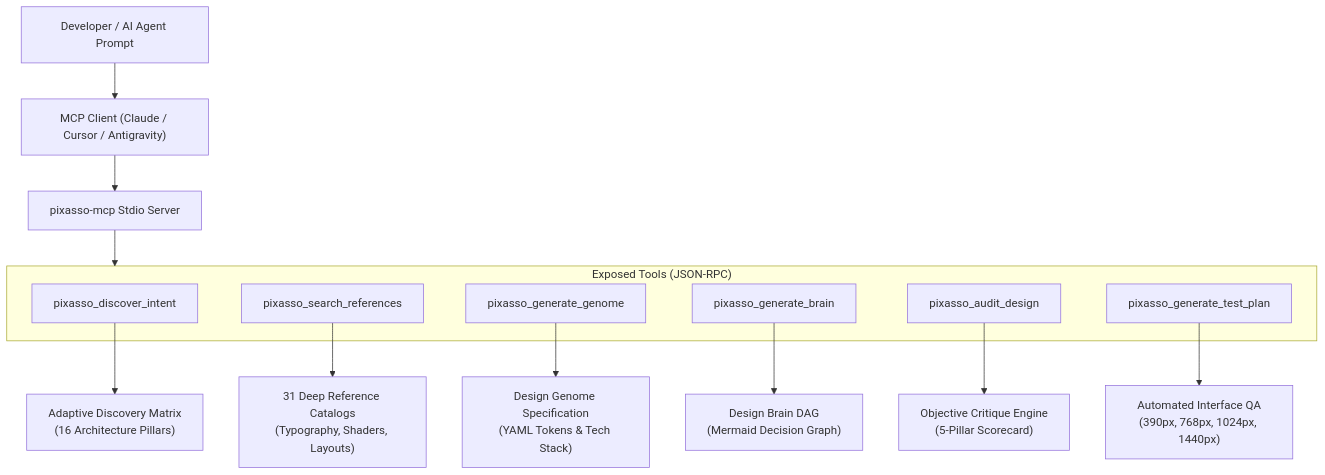
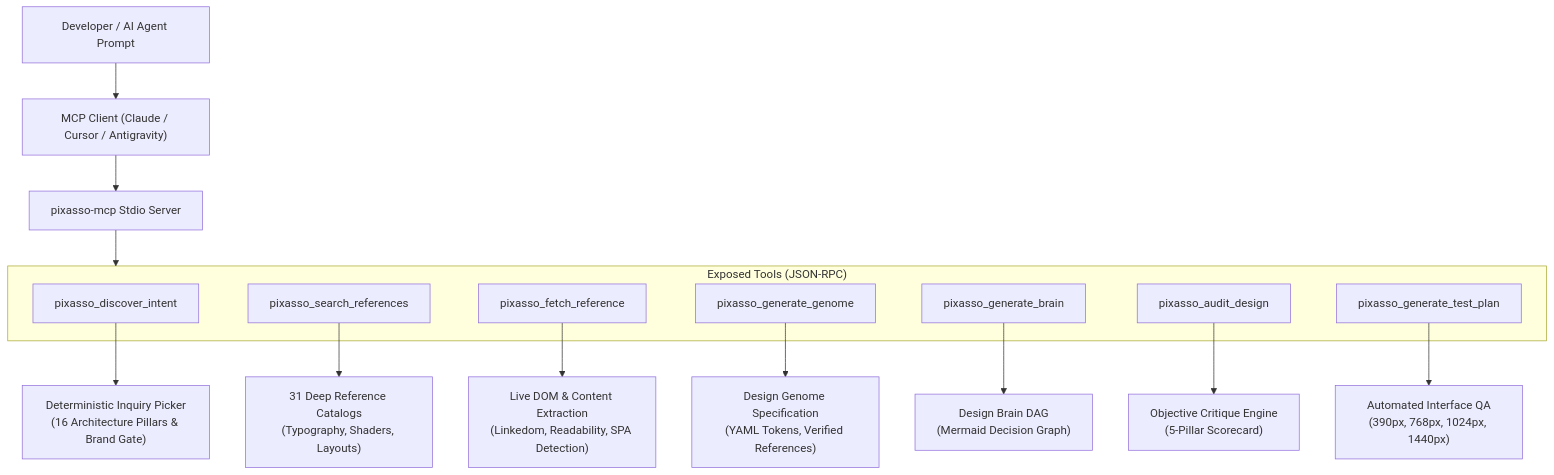
The first of 2 diagrams in mcp-server/README.md (Erebuzzz/pixasso), drawn with Mermaid before and after one commit. The commit also changed other lines of this file and 52 other files, not shown here.

Commit message:
feat: implement remote streamable HTTP MCP, fetchReference tool, and release v1.1.0

````diff
--- a/mcp-server/README.md
+++ b/mcp-server/README.md
@@ -17,23 +17,25 @@
 ```mermaid
 flowchart TD
     User["Developer / AI Agent Prompt"] --> Client["MCP Client (Claude / Cursor / Antigravity)"]
     Client --> Server["pixasso-mcp Stdio Server"]
 
     subgraph Tools ["Exposed Tools (JSON-RPC)"]
         T1["pixasso_discover_intent"]
         T2["pixasso_search_references"]
-        T3["pixasso_generate_genome"]
-        T4["pixasso_generate_brain"]
-        T5["pixasso_audit_design"]
-        T6["pixasso_generate_test_plan"]
+        T3["pixasso_fetch_reference"]
+        T4["pixasso_generate_genome"]
+        T5["pixasso_generate_brain"]
+        T6["pixasso_audit_design"]
+        T7["pixasso_generate_test_plan"]
     end
 
     Server --> Tools
 
-    T1 --> P1["Adaptive Discovery Matrix<br/>(16 Architecture Pillars)"]
+    T1 --> P1["Deterministic Inquiry Picker<br/>(16 Architecture Pillars & Brand Gate)"]
     T2 --> P2["31 Deep Reference Catalogs<br/>(Typography, Shaders, Layouts)"]
-    T3 --> P3["Design Genome Specification<br/>(YAML Tokens & Tech Stack)"]
-    T4 --> P4["Design Brain DAG<br/>(Mermaid Decision Graph)"]
-    T5 --> P5["Objective Critique Engine<br/>(5-Pillar Scorecard)"]
-    T6 --> P6["Automated Interface QA<br/>(390px, 768px, 1024px, 1440px)"]
+    T3 --> P3["Live DOM & Content Extraction<br/>(Linkedom, Readability, SPA Detection)"]
+    T4 --> P4["Design Genome Specification<br/>(YAML Tokens, Verified References)"]
+    T5 --> P5["Design Brain DAG<br/>(Mermaid Decision Graph)"]
+    T6 --> P6["Objective Critique Engine<br/>(5-Pillar Scorecard)"]
+    T7 --> P7["Automated Interface QA<br/>(390px, 768px, 1024px, 1440px)"]
 ```
````
